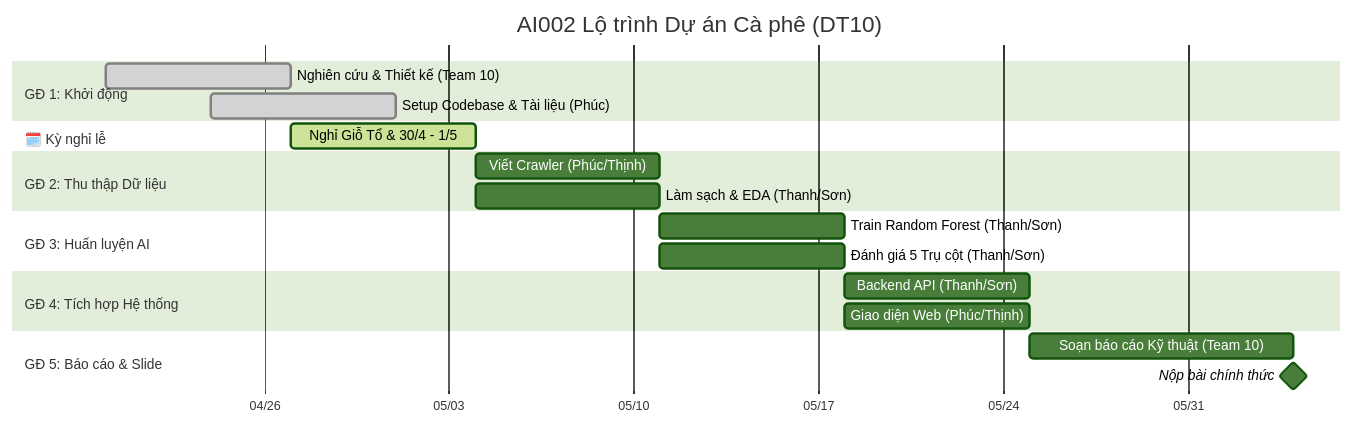
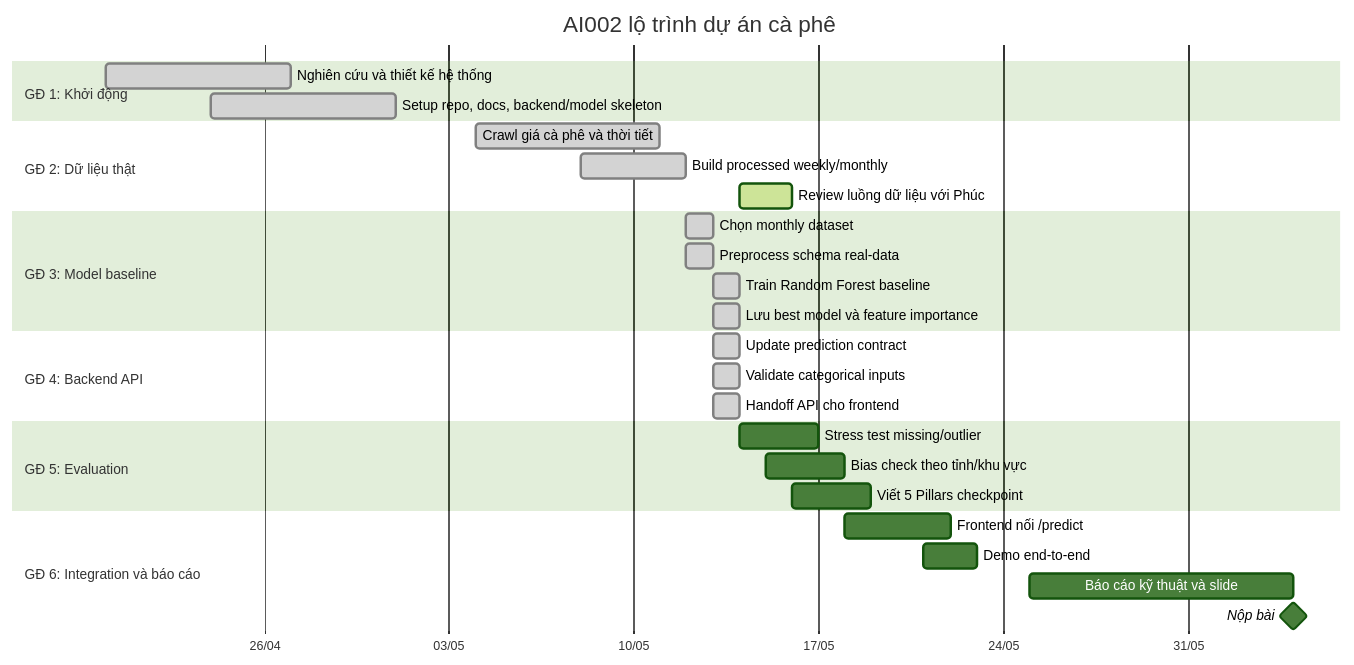
The third of 8 diagrams in docs/project-roadmap.md (uit-25730067-chithanh/AI002-Team22-DT10), drawn with Mermaid (forest theme) before and after one commit. The commit also changed other lines of this file and 4 other files, not shown here.

First line of the commit message:
docs: add team data flow roadmap

````diff
--- a/docs/project-roadmap.md
+++ b/docs/project-roadmap.md
@@ -7,30 +60,38 @@
 ```mermaid
 gantt
-    title AI002 Lộ trình Dự án Cà phê (DT10)
+    title AI002 lộ trình dự án cà phê
     dateFormat  YYYY-MM-DD
     tickInterval 1w
-    axisFormat  %m/%d
+    axisFormat  %d/%m
 
     section GĐ 1: Khởi động
-    Nghiên cứu & Thiết kế (Team 10)    :done, des1, 2026-04-20, 7d
-    Setup Codebase & Tài liệu (Phúc)   :done, des2, 2026-04-24, 7d
+    Nghiên cứu và thiết kế hệ thống          :done, a1, 2026-04-20, 7d
+    Setup repo, docs, backend/model skeleton :done, a2, 2026-04-24, 7d
 
-    section 🗓️ Kỳ nghỉ lễ
-    Nghỉ Giỗ Tổ & 30/4 - 1/5           :active, holiday, 2026-04-27, 7d
+    section GĐ 2: Dữ liệu thật
+    Crawl giá cà phê và thời tiết            :done, b1, 2026-05-04, 7d
+    Build processed weekly/monthly           :done, b2, 2026-05-08, 4d
+    Review luồng dữ liệu với Phúc            :active, b3, 2026-05-14, 2d
 
-    section GĐ 2: Thu thập Dữ liệu
-    Viết Crawler (Phúc/Thịnh)        :des3, 2026-05-04, 7d
-    Làm sạch & EDA (Thanh/Sơn)       :des4, 2026-05-04, 7d
+    section GĐ 3: Model baseline
+    Chọn monthly dataset                     :done, c1, 2026-05-12, 1d
+    Preprocess schema real-data              :done, c2, 2026-05-12, 1d
+    Train Random Forest baseline             :done, c3, 2026-05-13, 1d
+    Lưu best model và feature importance     :done, c4, 2026-05-13, 1d
 
-    section GĐ 3: Huấn luyện AI
-    Train Random Forest (Thanh/Sơn)  :des5, 2026-05-11, 7d
-    Đánh giá 5 Trụ cột (Thanh/Sơn)   :des6, 2026-05-11, 7d
+    section GĐ 4: Backend API
+    Update prediction contract               :done, d1, 2026-05-13, 1d
+    Validate categorical inputs              :done, d2, 2026-05-13, 1d
+    Handoff API cho frontend                 :done, d3, 2026-05-13, 1d
 
-    section GĐ 4: Tích hợp Hệ thống
-    Backend API (Thanh/Sơn)          :des7, 2026-05-18, 7d
-    Giao diện Web (Phúc/Thịnh)       :des8, 2026-05-18, 7d
+    section GĐ 5: Evaluation
+    Stress test missing/outlier              :e1, 2026-05-14, 3d
+    Bias check theo tỉnh/khu vực             :e2, 2026-05-15, 3d
+    Viết 5 Pillars checkpoint                :e3, 2026-05-16, 3d
 
-    section GĐ 5: Báo cáo & Slide
-    Soạn báo cáo Kỹ thuật (Team 10)  :des9, 2026-05-25, 10d
-    Nộp bài chính thức               :milestone, des10, 2026-06-04, 0d
+    section GĐ 6: Integration và báo cáo
+    Frontend nối /predict                    :f1, 2026-05-18, 4d
+    Demo end-to-end                          :f2, 2026-05-21, 2d
+    Báo cáo kỹ thuật và slide                :f3, 2026-05-25, 10d
+    Nộp bài                                  :milestone, f4, 2026-06-04, 0d
 ```
````
